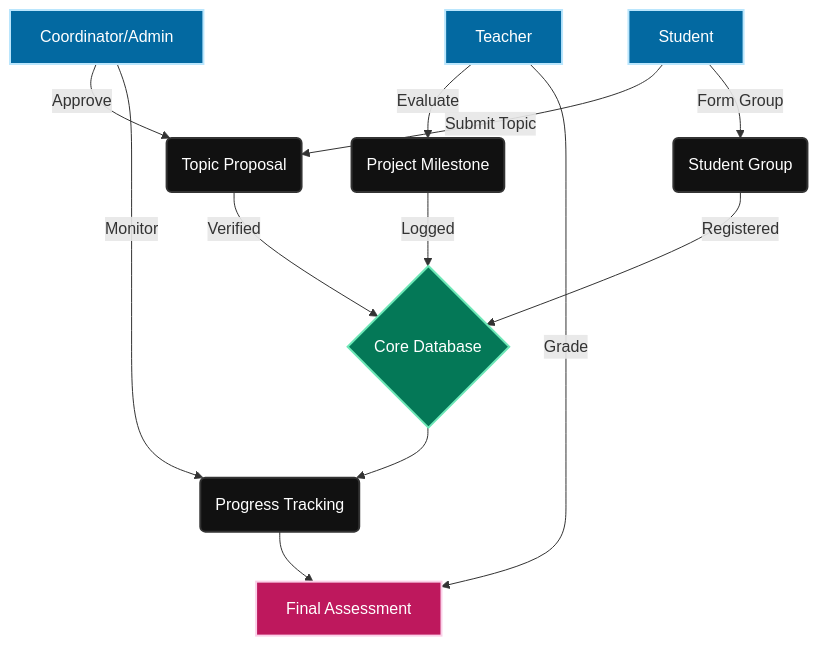
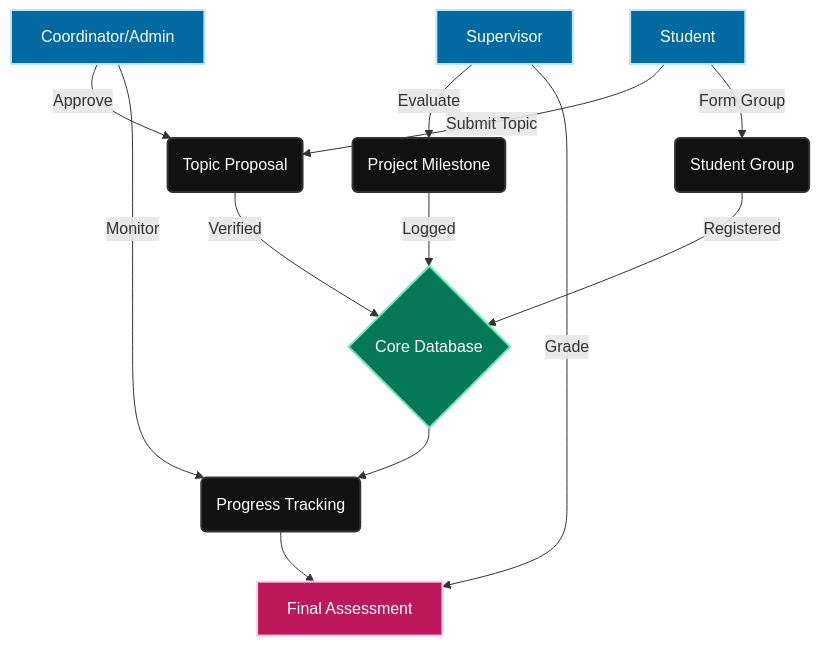
Before and after one commit to SwetabhSingh17/APMS: the diagram in README.md, drawn with Mermaid. The commit also changed other lines of this file and 23 other files, not shown here.

````diff
--- a/README.md
+++ b/README.md
@@ -41,24 +41,24 @@
 ```mermaid
 graph TD
     %% Styling
     classDef default fill:#111,stroke:#333,stroke-width:2px,color:#fff;
     classDef user fill:#0369a1,stroke:#bae6fd,stroke-width:2px,color:#fff;
     classDef core fill:#047857,stroke:#6ee7b7,stroke-width:2px,color:#fff;
     classDef output fill:#be185d,stroke:#fbcfe8,stroke-width:2px,color:#fff;
 
     %% Nodes
     A[Student]:::user -->|Submit Topic| B(Topic Proposal)
     A -->|Form Group| C(Student Group)
     
-    D[Teacher]:::user -->|Evaluate| E(Project Milestone)
+    D[Supervisor]:::user -->|Evaluate| E(Project Milestone)
     D -->|Grade| F[Final Assessment]:::output
     
     G[Coordinator/Admin]:::user -->|Approve| B
     G -->|Monitor| H(Progress Tracking)
     
     B -->|Verified| I{Core Database}:::core
     C -->|Registered| I
     E -->|Logged| I
     I --> H
     H --> F
 ```
````
